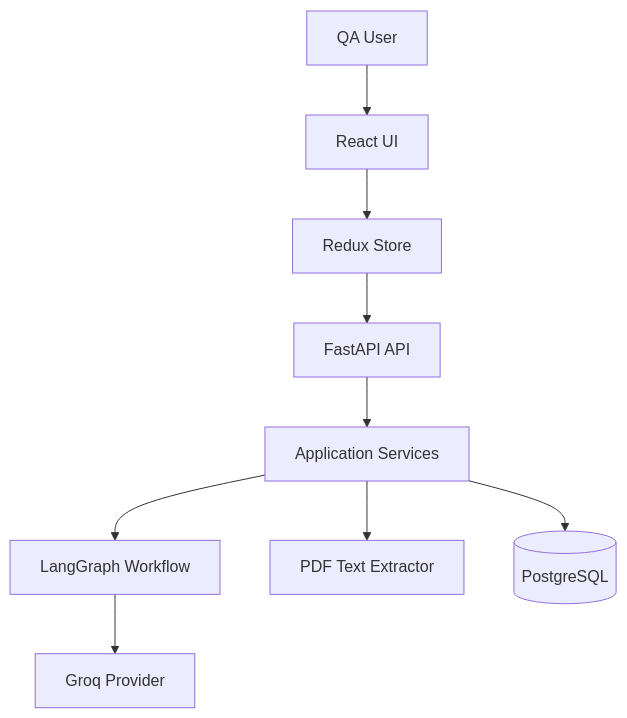
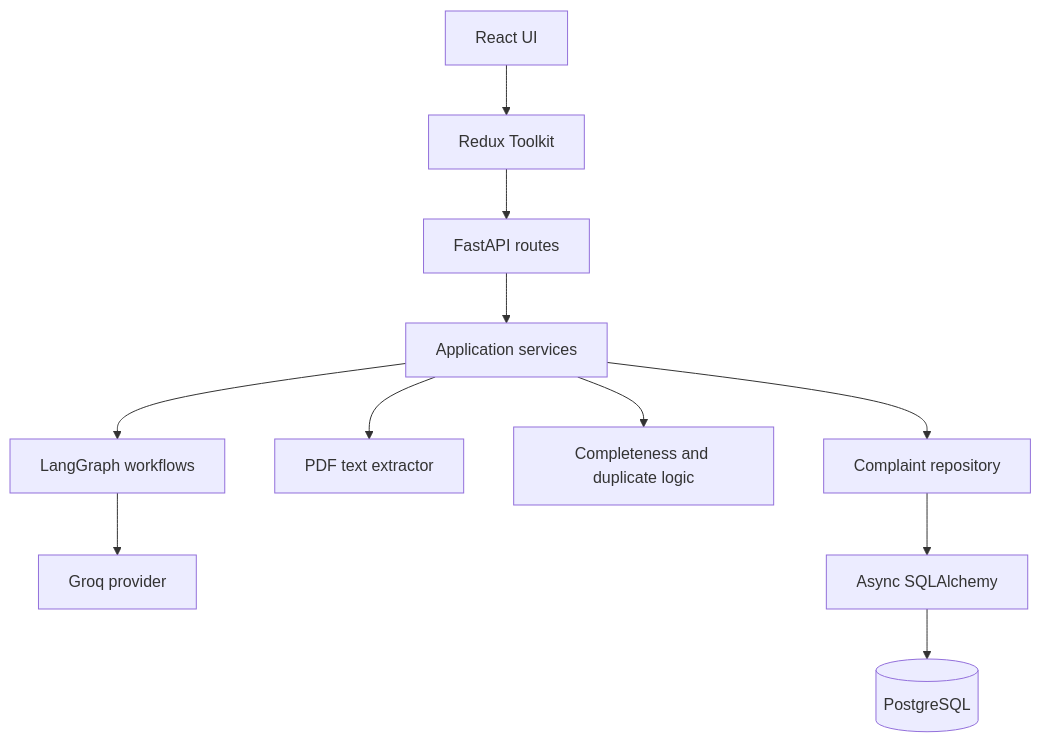
Before and after one commit to gaganakumarm/ai-pharma-complaint-qms: the first of 3 diagrams in docs/architecture.md, drawn with Mermaid. The commit also changed other lines of this file and 12 other files, not shown here.

````diff
--- a/docs/architecture.md
+++ b/docs/architecture.md
@@ -27,11 +15,15 @@
 ```mermaid
 flowchart TD
-    U["QA User"] --> FE["React UI"]
-    FE --> RX["Redux Store"]
-    RX --> API["FastAPI API"]
-    API --> APP["Application Services"]
-    APP --> GRAPH["LangGraph Workflow"]
-    GRAPH --> GROQ["Groq Provider"]
-    APP --> PDF["PDF Text Extractor"]
-    APP --> DB[("PostgreSQL")]
+    UI["React UI"] --> State["Redux Toolkit"]
+    State --> API["FastAPI routes"]
+    API --> Services["Application services"]
+
+    Services --> Graphs["LangGraph workflows"]
+    Graphs --> Groq["Groq provider"]
+
+    Services --> Documents["PDF text extractor"]
+    Services --> Rules["Completeness and duplicate logic"]
+    Services --> Repository["Complaint repository"]
+    Repository --> ORM["Async SQLAlchemy"]
+    ORM --> DB[("PostgreSQL")]
 ```
````
